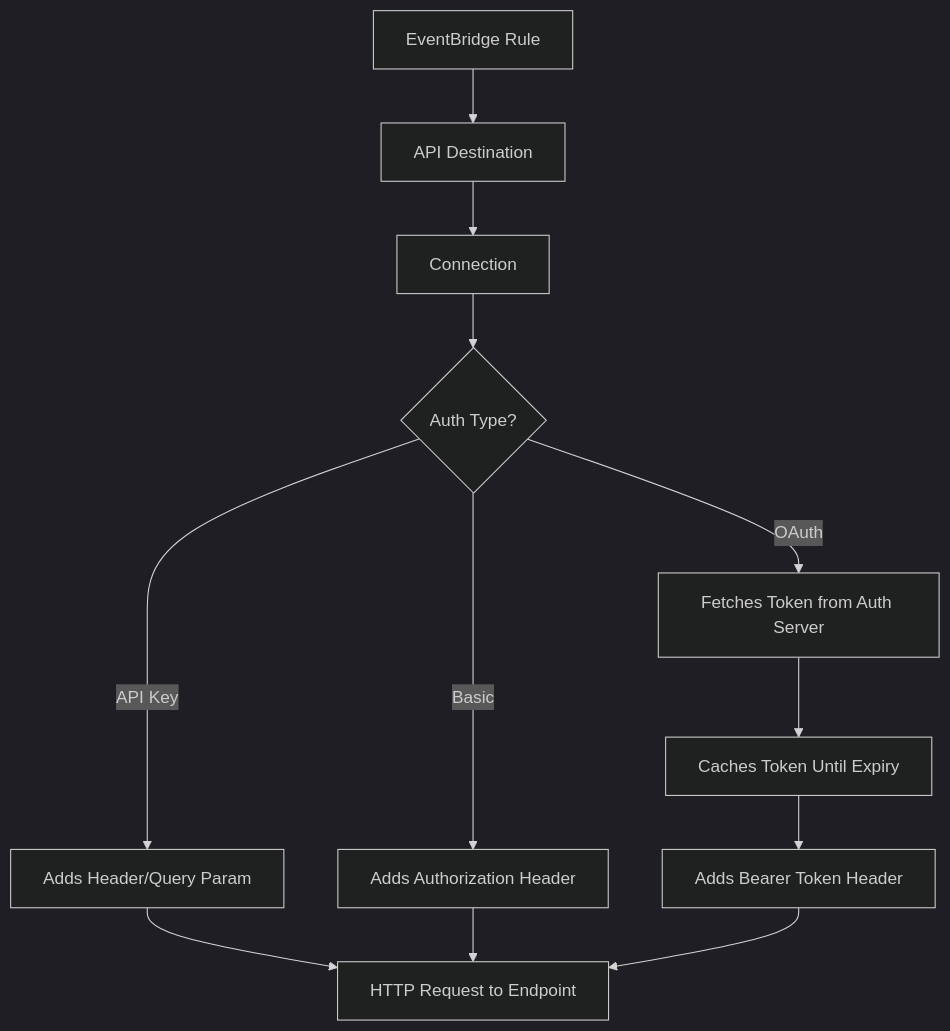
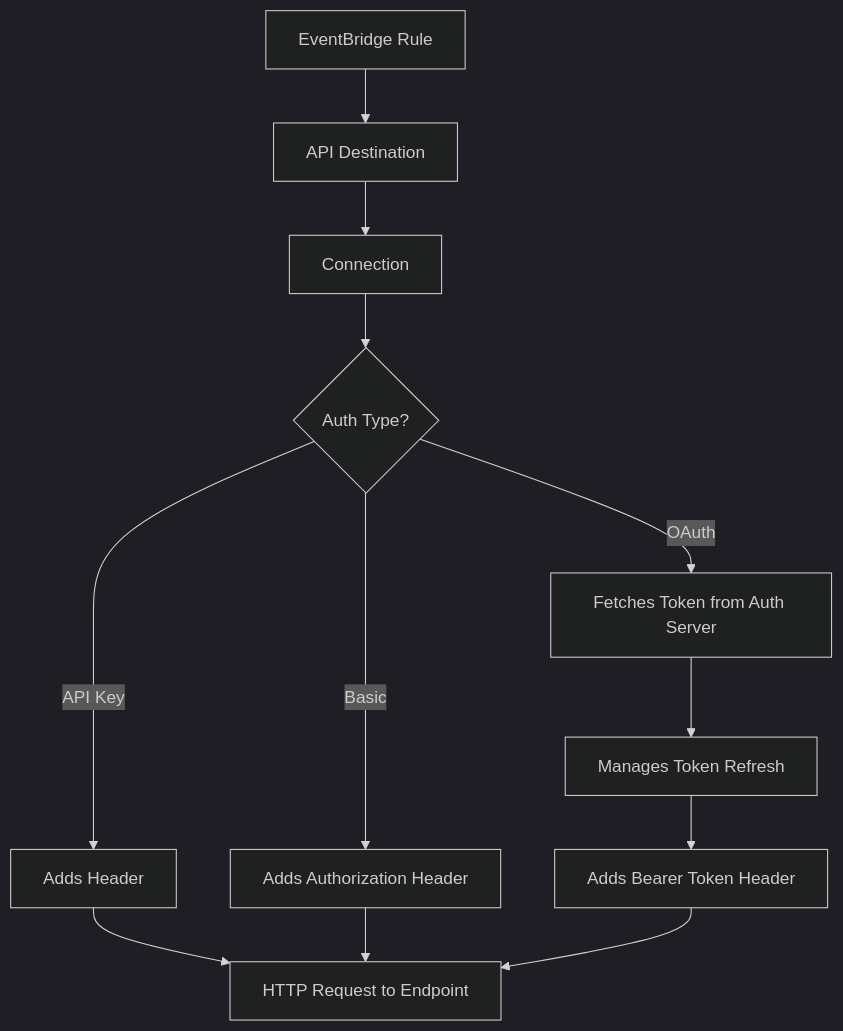
One commit to OneUptime/blog changed the diagram in posts/2026-02-12-use-eventbridge-connection-resources-for-authentication/README.md. Above: the diagram before and after it, drawn with Mermaid (dark theme). The commit also changed other lines of this file and 2 other files, not shown here.

````diff
--- a/posts/2026-02-12-use-eventbridge-connection-resources-for-authentication/README.md
+++ b/posts/2026-02-12-use-eventbridge-connection-resources-for-authentication/README.md
@@ -19,14 +19,14 @@
 ```mermaid
 graph TD
     A[EventBridge Rule] --> B[API Destination]
     B --> C[Connection]
     C --> D{Auth Type?}
-    D -->|API Key| E[Adds Header/Query Param]
+    D -->|API Key| E[Adds Header]
     D -->|Basic| F[Adds Authorization Header]
     D -->|OAuth| G[Fetches Token from Auth Server]
-    G --> H[Caches Token Until Expiry]
+    G --> H[Manages Token Refresh]
     H --> I[Adds Bearer Token Header]
     E --> J[HTTP Request to Endpoint]
     F --> J
     I --> J
 ```
````
